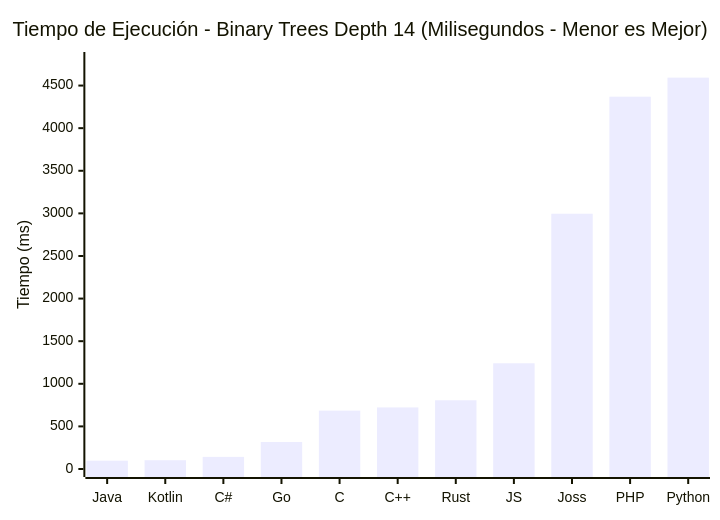
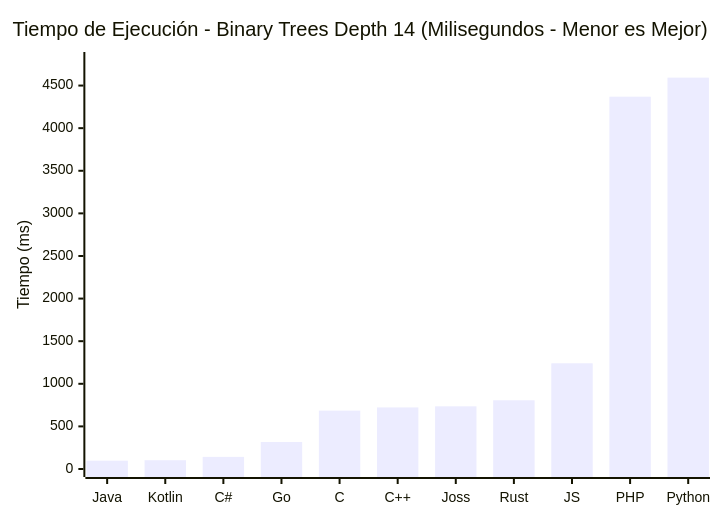
The fifth of 7 diagrams in branchmark.md (joss-language/Joss-Programming-Language), drawn with Mermaid before and after one commit. The commit also changed other lines of this file and 14 other files, not shown here.

````diff
--- a/branchmark.md
+++ b/branchmark.md
@@ -227,7 +239,7 @@
 ```mermaid
 xychart-beta
     title "Tiempo de Ejecución - Binary Trees Depth 14 (Milisegundos - Menor es Mejor)"
-    x-axis ["Java", "Kotlin", "C#", "Go", "C", "C++", "Rust", "JS", "Joss", "PHP", "Python"]
+    x-axis ["Java", "Kotlin", "C#", "Go", "C", "C++", "Joss", "Rust", "JS", "PHP", "Python"]
     y-axis "Tiempo (ms)" 0 --> 4800
-    bar [97.7, 103.2, 142.3, 317.0, 684.9, 722.5, 806.8, 1240.5, 2995.6, 4369.3, 4593.1]
+    bar [97.7, 103.2, 142.3, 317.0, 684.9, 722.5, 735.8, 806.8, 1240.5, 4369.3, 4593.1]
 ```
````
